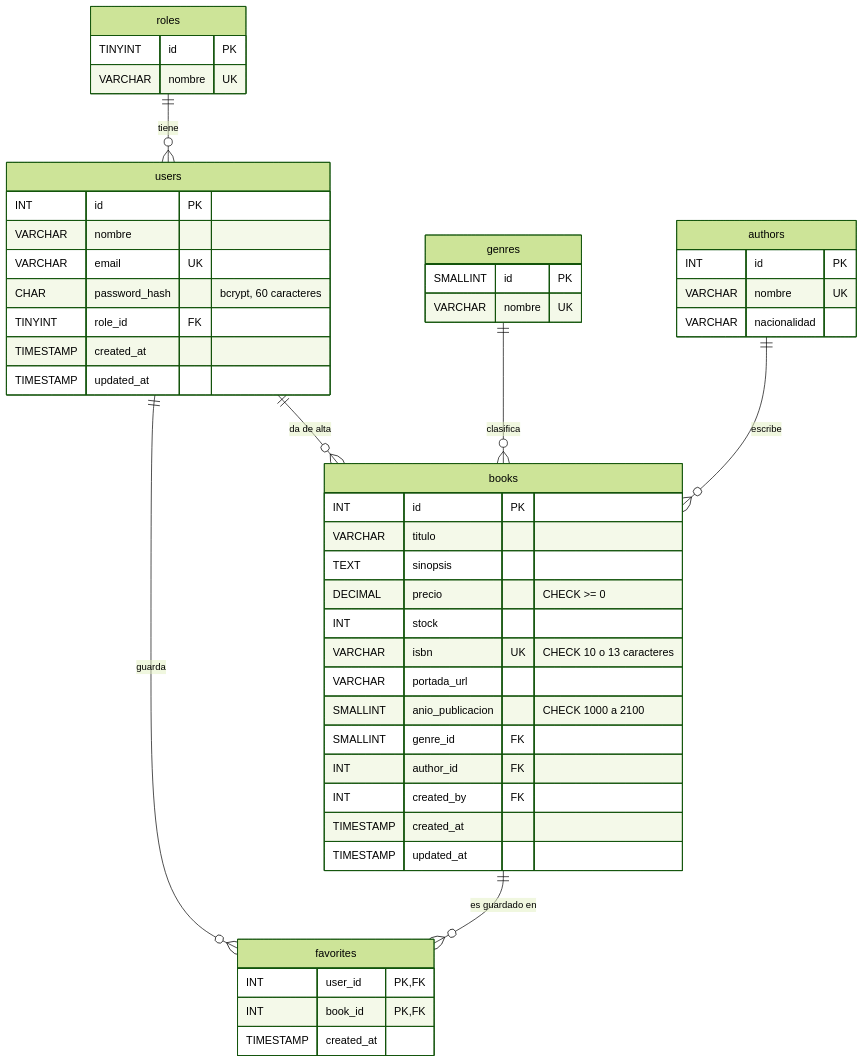
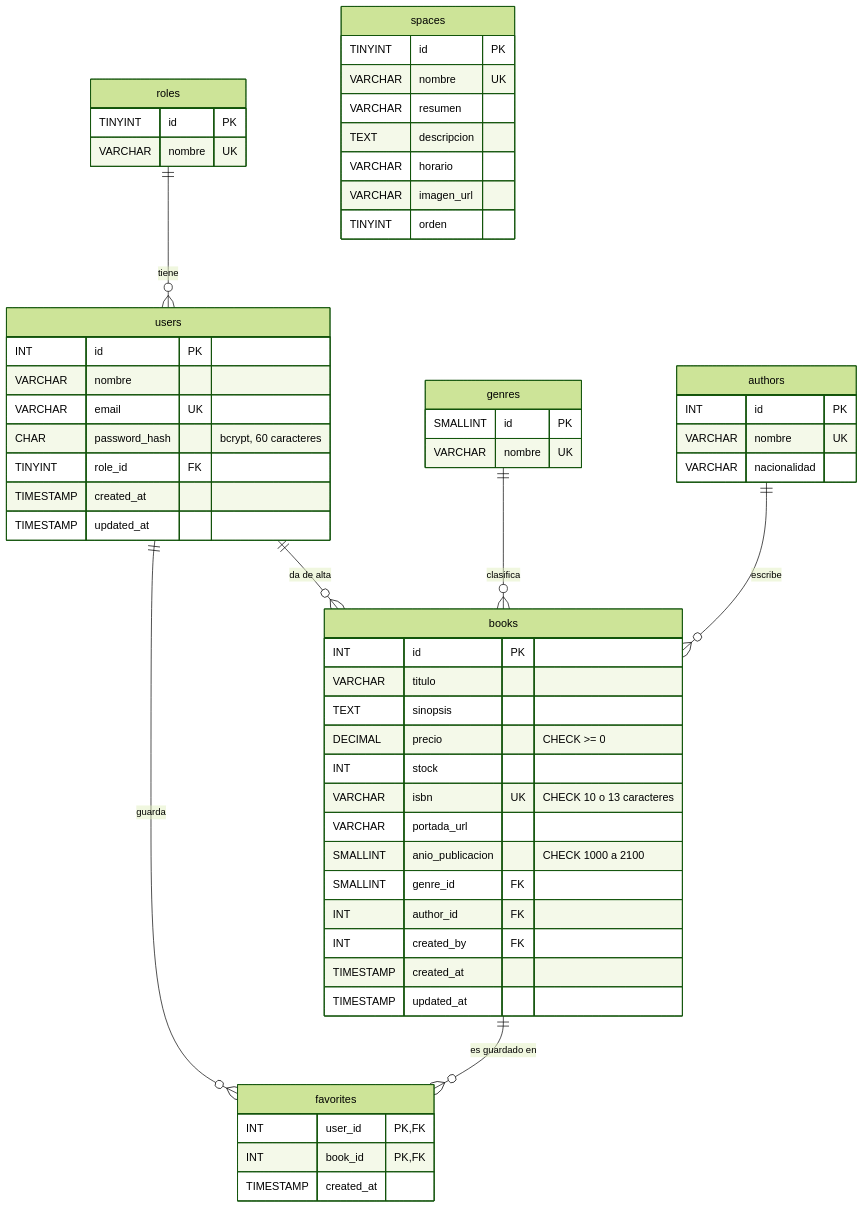
The diagram in docs/diagrama-er.md (JV043LL/turing-libreria-backend), drawn with Mermaid (forest theme) before and after one commit. The commit also changed other lines of this file and 1 other file, not shown here.

Commit message:
docs: documentar endpoints de espacios y tabla spaces

````diff
--- a/docs/diagrama-er.md
+++ b/docs/diagrama-er.md
@@ -5,52 +5,61 @@
 ```mermaid
 erDiagram
     roles ||--o{ users : "tiene"
     users ||--o{ books : "da de alta"
     genres ||--o{ books : "clasifica"
     authors ||--o{ books : "escribe"
     users ||--o{ favorites : "guarda"
     books ||--o{ favorites : "es guardado en"
 
     roles {
         TINYINT id PK
         VARCHAR nombre UK
     }
     users {
         INT id PK
         VARCHAR nombre
         VARCHAR email UK
         CHAR password_hash "bcrypt, 60 caracteres"
         TINYINT role_id FK
         TIMESTAMP created_at
         TIMESTAMP updated_at
     }
     genres {
         SMALLINT id PK
         VARCHAR nombre UK
     }
     authors {
         INT id PK
         VARCHAR nombre UK
         VARCHAR nacionalidad
     }
     books {
         INT id PK
         VARCHAR titulo
         TEXT sinopsis
         DECIMAL precio "CHECK >= 0"
         INT stock
         VARCHAR isbn UK "CHECK 10 o 13 caracteres"
         VARCHAR portada_url
         SMALLINT anio_publicacion "CHECK 1000 a 2100"
         SMALLINT genre_id FK
         INT author_id FK
         INT created_by FK
         TIMESTAMP created_at
         TIMESTAMP updated_at
     }
     favorites {
         INT user_id PK, FK
         INT book_id PK, FK
         TIMESTAMP created_at
     }
+    spaces {
+        TINYINT id PK
+        VARCHAR nombre UK
+        VARCHAR resumen
+        TEXT descripcion
+        VARCHAR horario
+        VARCHAR imagen_url
+        TINYINT orden
+    }
 ```
````
